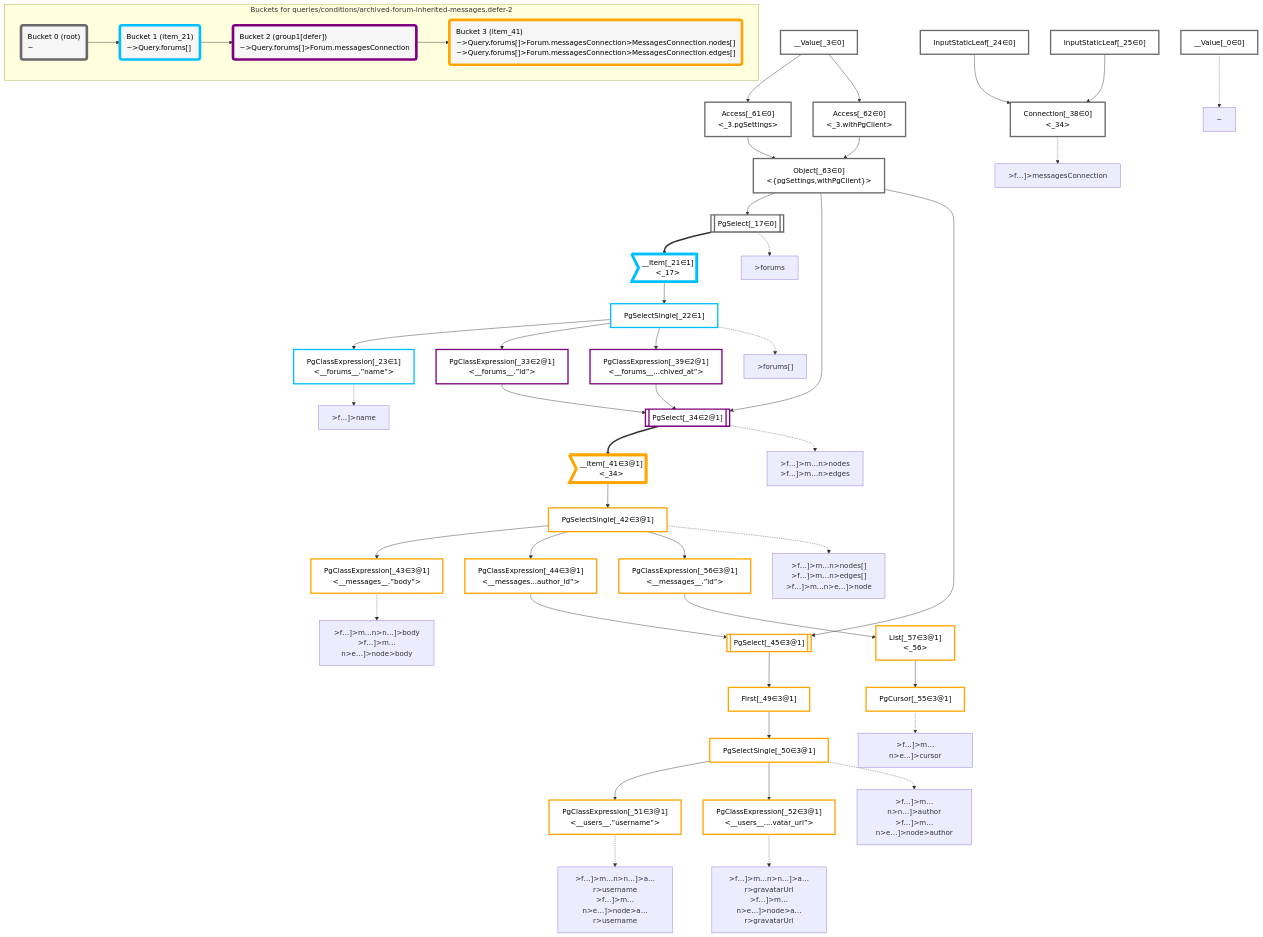
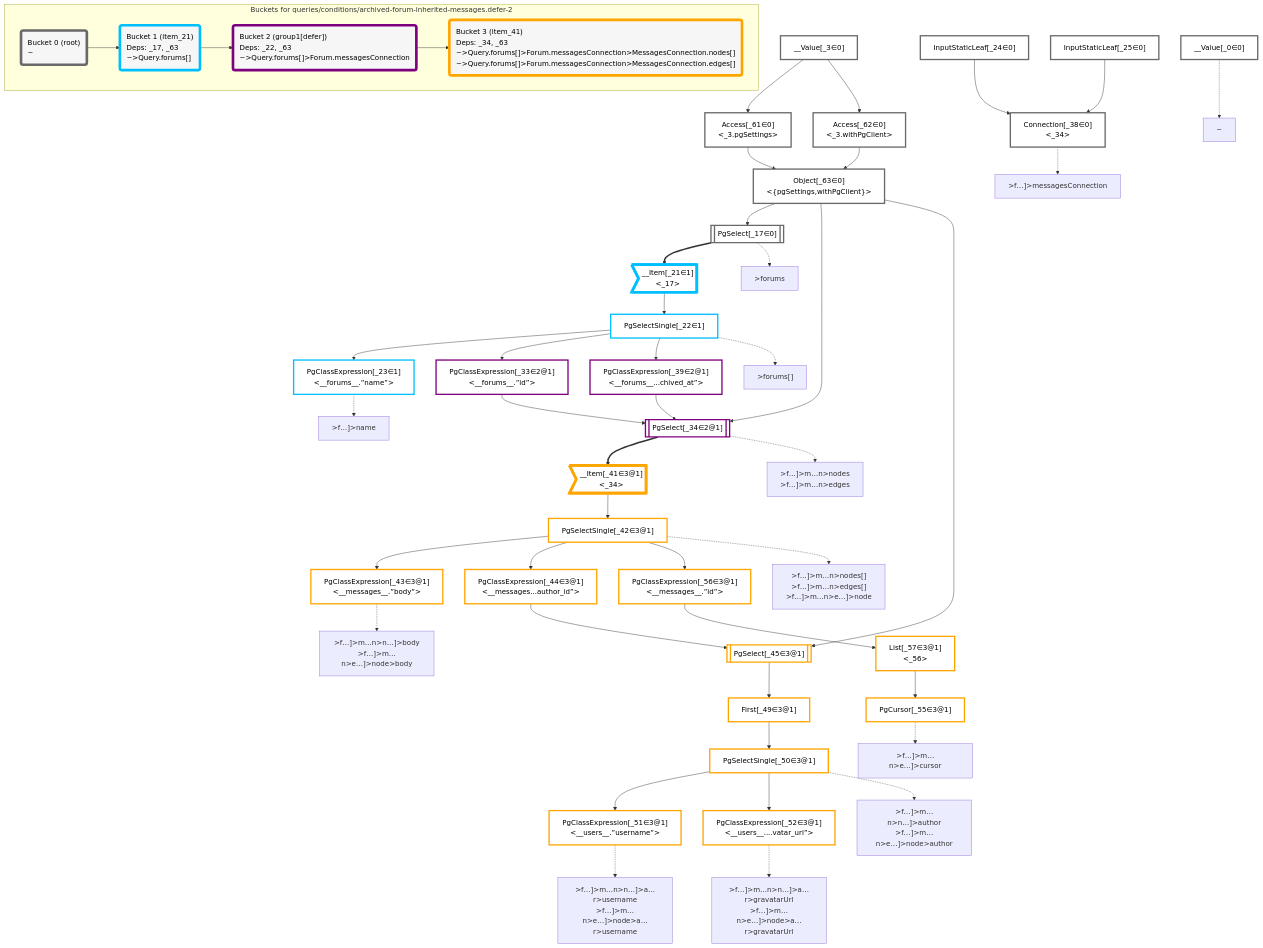
Before and after one commit to graphile/crystal: the diagram in packages/dataplan-pg/__tests__/queries/conditions/archived-forum-inherited-messages.defer-2.deopt.mermaid.md, drawn with Mermaid. The commit also changed 157 other files, not shown here.

Commit message:
Add deps to all query snapshots

```diff
--- a/packages/dataplan-pg/__tests__/queries/conditions/archived-forum-inherited-messages.defer-2.deopt.mermaid.md
+++ b/packages/dataplan-pg/__tests__/queries/conditions/archived-forum-inherited-messages.defer-2.deopt.mermaid.md
@@ -105,13 +105,13 @@
     subgraph "Buckets for queries/conditions/archived-forum-inherited-messages.defer-2"
     Bucket0("Bucket 0 (root)<br />~"):::bucket
     style Bucket0 stroke:#696969
-    Bucket1("Bucket 1 (item_21)<br />~>Query.forums[]"):::bucket
+    Bucket1("Bucket 1 (item_21)<br />Deps: _17, _63<br />~>Query.forums[]"):::bucket
     style Bucket1 stroke:#00bfff
     Bucket0 --> Bucket1
-    Bucket2("Bucket 2 (group1[defer])<br />~>Query.forums[]>Forum.messagesConnection"):::bucket
+    Bucket2("Bucket 2 (group1[defer])<br />Deps: _22, _63<br />~>Query.forums[]>Forum.messagesConnection"):::bucket
     style Bucket2 stroke:#7f007f
     Bucket1 --> Bucket2
-    Bucket3("Bucket 3 (item_41)<br />~>Query.forums[]>Forum.messagesConnection>MessagesConnection.nodes[]<br />~>Query.forums[]>Forum.messagesConnection>MessagesConnection.edges[]"):::bucket
+    Bucket3("Bucket 3 (item_41)<br />Deps: _34, _63<br />~>Query.forums[]>Forum.messagesConnection>MessagesConnection.nodes[]<br />~>Query.forums[]>Forum.messagesConnection>MessagesConnection.edges[]"):::bucket
     style Bucket3 stroke:#ffa500
     Bucket2 --> Bucket3
     end
```
